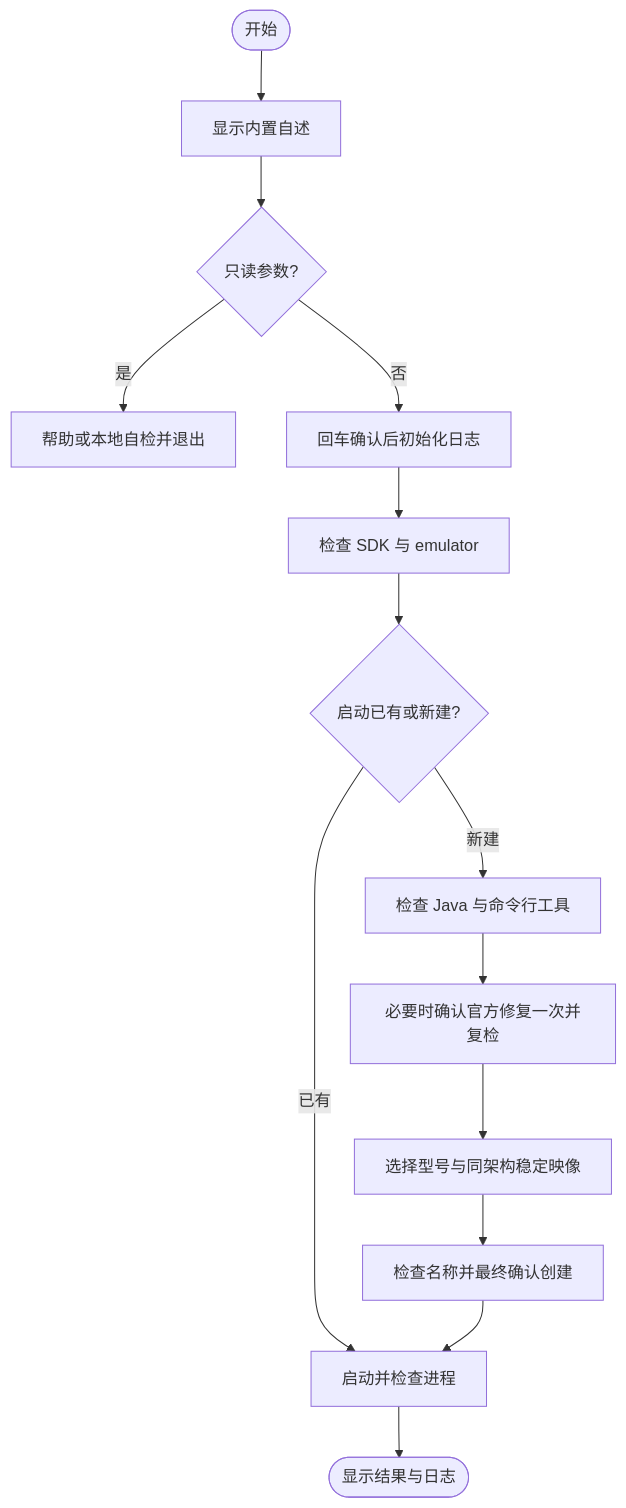
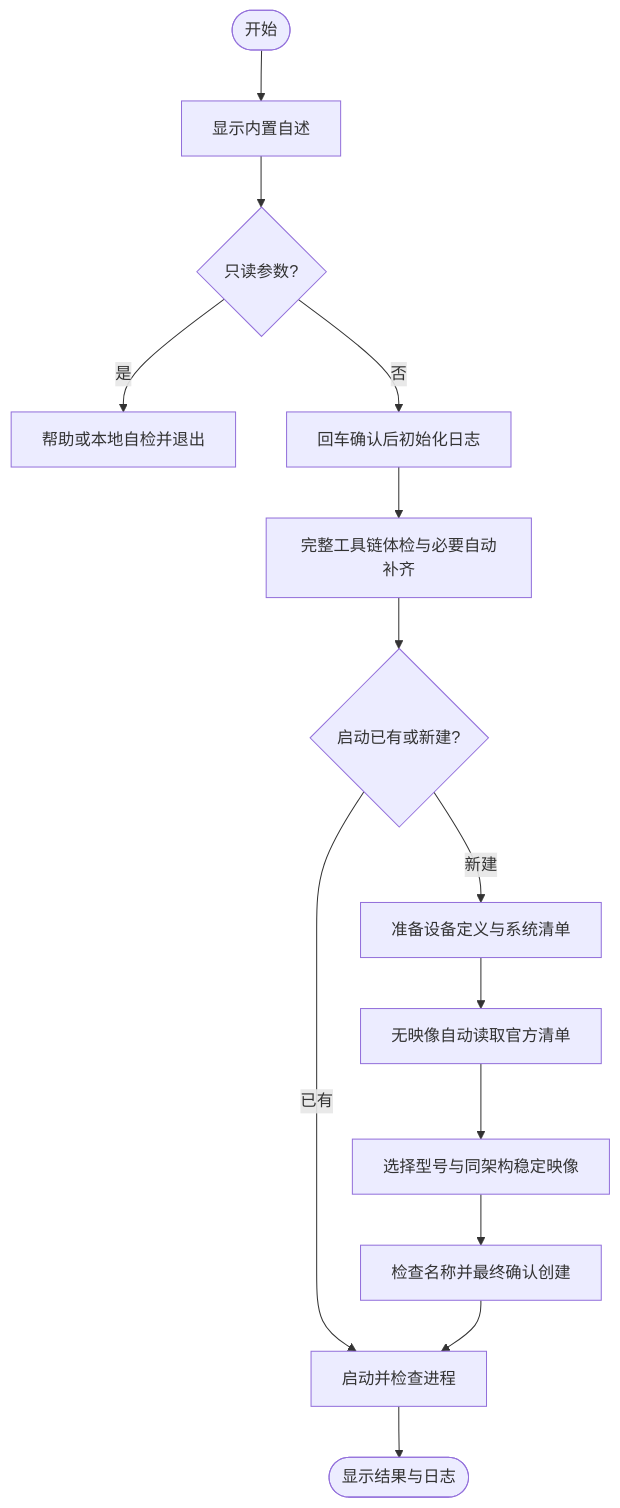
Before and after one commit to JobsKits/JobsCommand-Flutter: the diagram in 运行/【MacOS】🚀双击启动Android模拟器.command/README.md, drawn with Mermaid. The commit also changed other lines of this file and 1 other file, not shown here.

````diff
--- a/运行/【MacOS】🚀双击启动Android模拟器.command/README.md
+++ b/运行/【MacOS】🚀双击启动Android模拟器.command/README.md
@@ -123,16 +126,16 @@
 ```mermaid
 flowchart TD
     A([开始]) --> B[显示内置自述]
     B --> C{只读参数?}
     C -->|是| D[帮助或本地自检并退出]
     C -->|否| E[回车确认后初始化日志]
-    E --> F[检查 SDK 与 emulator]
+    E --> F[完整工具链体检与必要自动补齐]
     F --> G{启动已有或新建?}
     G -->|已有| L[启动并检查进程]
-    G -->|新建| H[检查 Java 与命令行工具]
-    H --> I[必要时确认官方修复一次并复检]
+    G -->|新建| H[准备设备定义与系统清单]
+    H --> I[无映像自动读取官方清单]
     I --> J[选择型号与同架构稳定映像]
     J --> K[检查名称并最终确认创建]
     K --> L
     L --> M([显示结果与日志])
 ```
````
